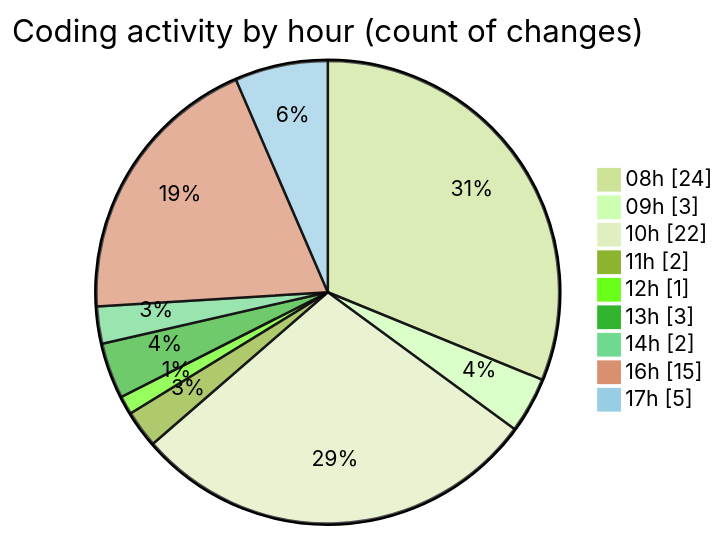
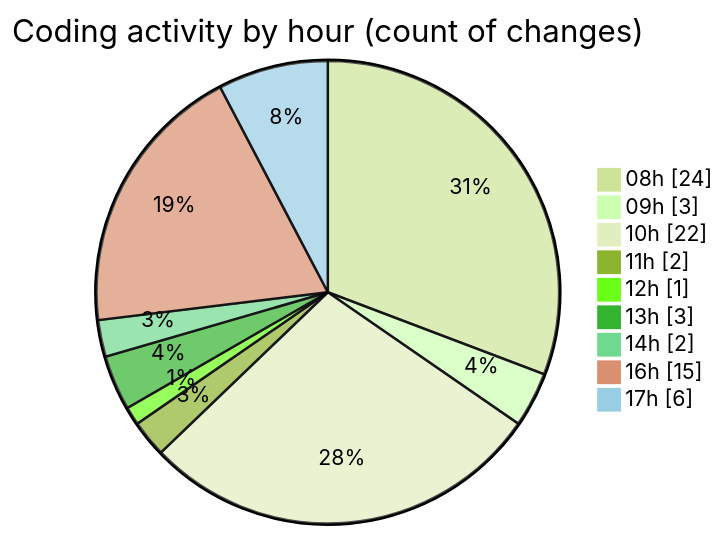
The second of 2 diagrams in 2025-11-07/eventscop-frontend-guide__workspace_/README.md (julien-gomy/code-tracking), drawn with Mermaid (forest theme) before and after one commit. The commit also changed other lines of this file and 1 other file, not shown here.

````diff
--- a/2025-11-07/eventscop-frontend-guide__workspace_/README.md
+++ b/2025-11-07/eventscop-frontend-guide__workspace_/README.md
@@ -56,13 +57,13 @@
 ```mermaid
 pie showData
 title Coding activity by hour (count of changes)
 "08h" : 24
 "09h" : 3
 "10h" : 22
 "11h" : 2
 "12h" : 1
 "13h" : 3
 "14h" : 2
 "16h" : 15
-"17h" : 5
+"17h" : 6
 ```
````
